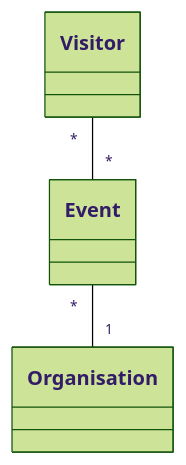
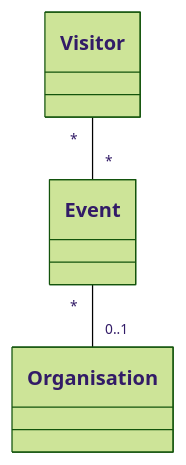
One commit to JefGaspar/.NET changed the first of 2 diagrams in README.md. Above: the diagram before and after it, drawn with Mermaid (forest theme). The commit also changed other lines of this file and 13 other files, not shown here.

````diff
--- a/README.md
+++ b/README.md
@@ -10,9 +10,9 @@
 ```mermaid
 classDiagram
     class Event
     class Visitor
     class Organisation
     
 Visitor "*" -- "*" Event
-Event "*" -- "1" Organisation
+Event "*" -- "0..1" Organisation
 ```
````
